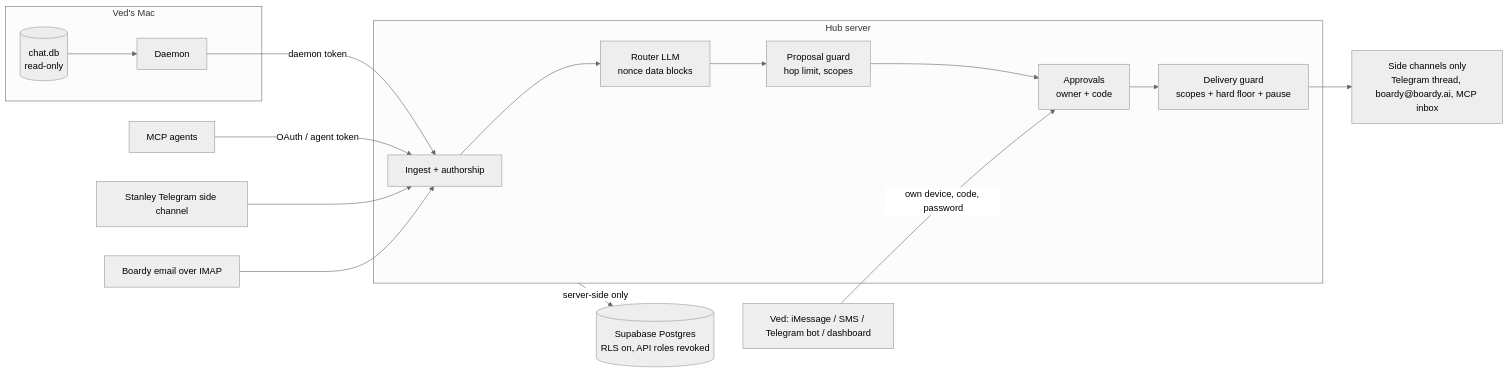
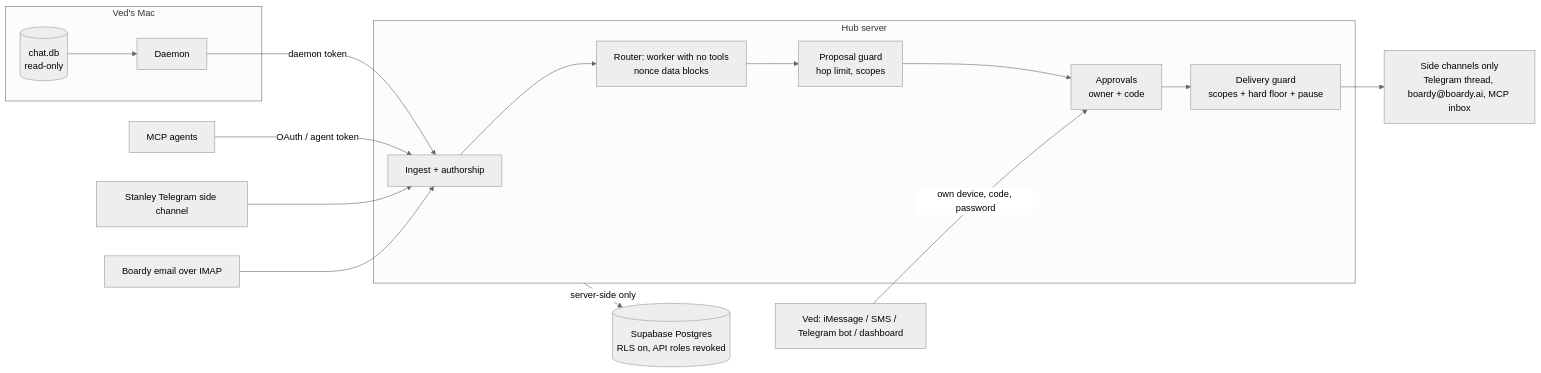
The diagram in THREAT_MODEL.md (Vedthakar/agent-hub), drawn with Mermaid (neutral theme) before and after one commit. The commit also changed other lines of this file and 53 other files, not shown here.

First line of the commit message:
Remove the hub's own LLM; add background worker, Obsidian vault and text commands

````diff
--- a/THREAT_MODEL.md
+++ b/THREAT_MODEL.md
@@ -35,19 +35,19 @@
 ```mermaid
 flowchart LR
   subgraph Mac["Ved's Mac"]
     chatdb[(chat.db<br/>read-only)] --> daemon[Daemon]
   end
   subgraph Hub["Hub server"]
-    ingest[Ingest + authorship] --> router[Router LLM<br/>nonce data blocks]
+    ingest[Ingest + authorship] --> router[Router: worker with no tools<br/>nonce data blocks]
     router --> guard1[Proposal guard<br/>hop limit, scopes]
     guard1 --> approvals[Approvals<br/>owner + code]
     approvals --> guard2[Delivery guard<br/>scopes + hard floor + pause]
   end
   daemon -- daemon token --> ingest
   agents[MCP agents] -- OAuth / agent token --> ingest
   tg[Stanley Telegram side channel] --> ingest
   mail[Boardy email over IMAP] --> ingest
   ved[Ved: iMessage / SMS / Telegram bot / dashboard] -- own device, code, password --> approvals
   guard2 --> out[Side channels only<br/>Telegram thread, boardy@boardy.ai, MCP inbox]
   Hub -- server-side only --> db[(Supabase Postgres<br/>RLS on, API roles revoked)]
 ```
````
